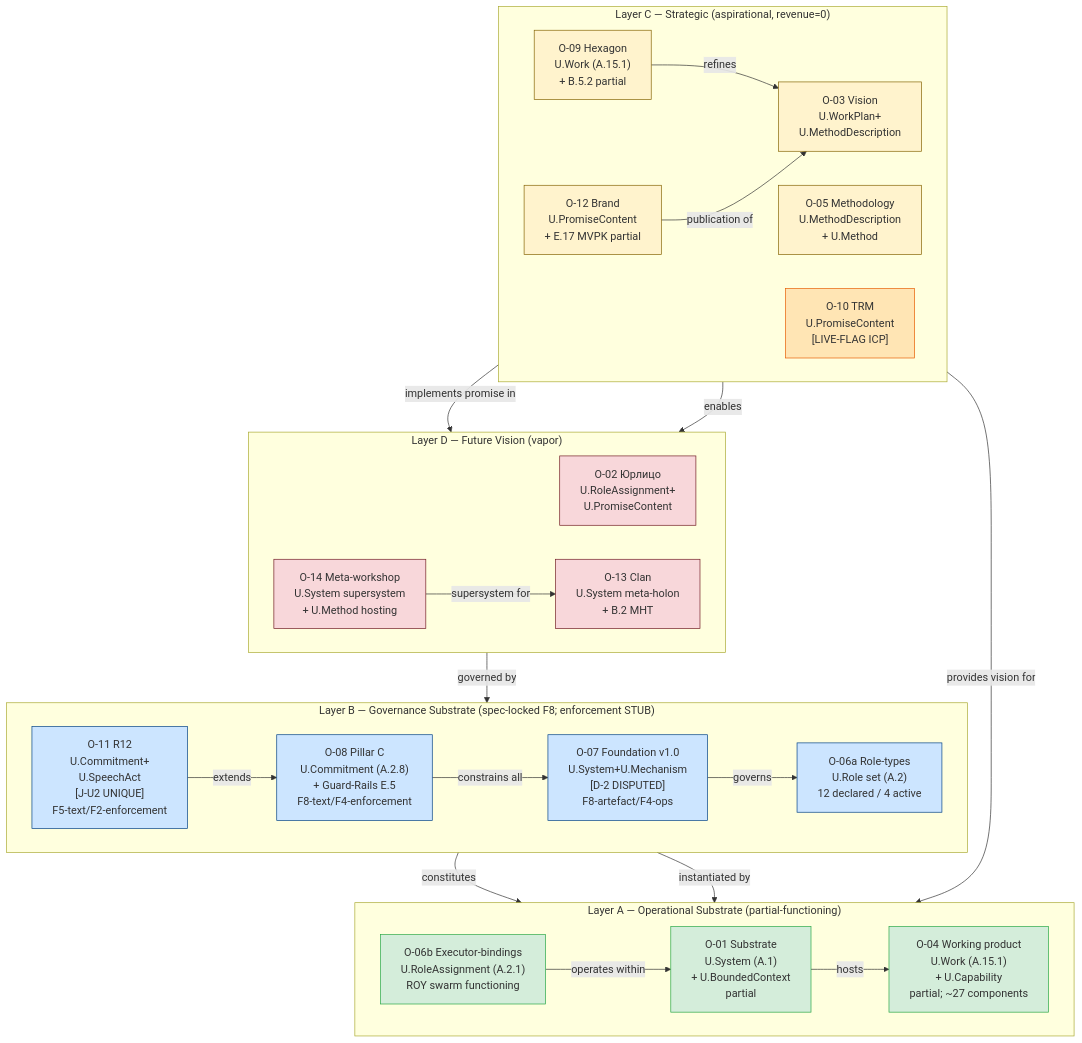
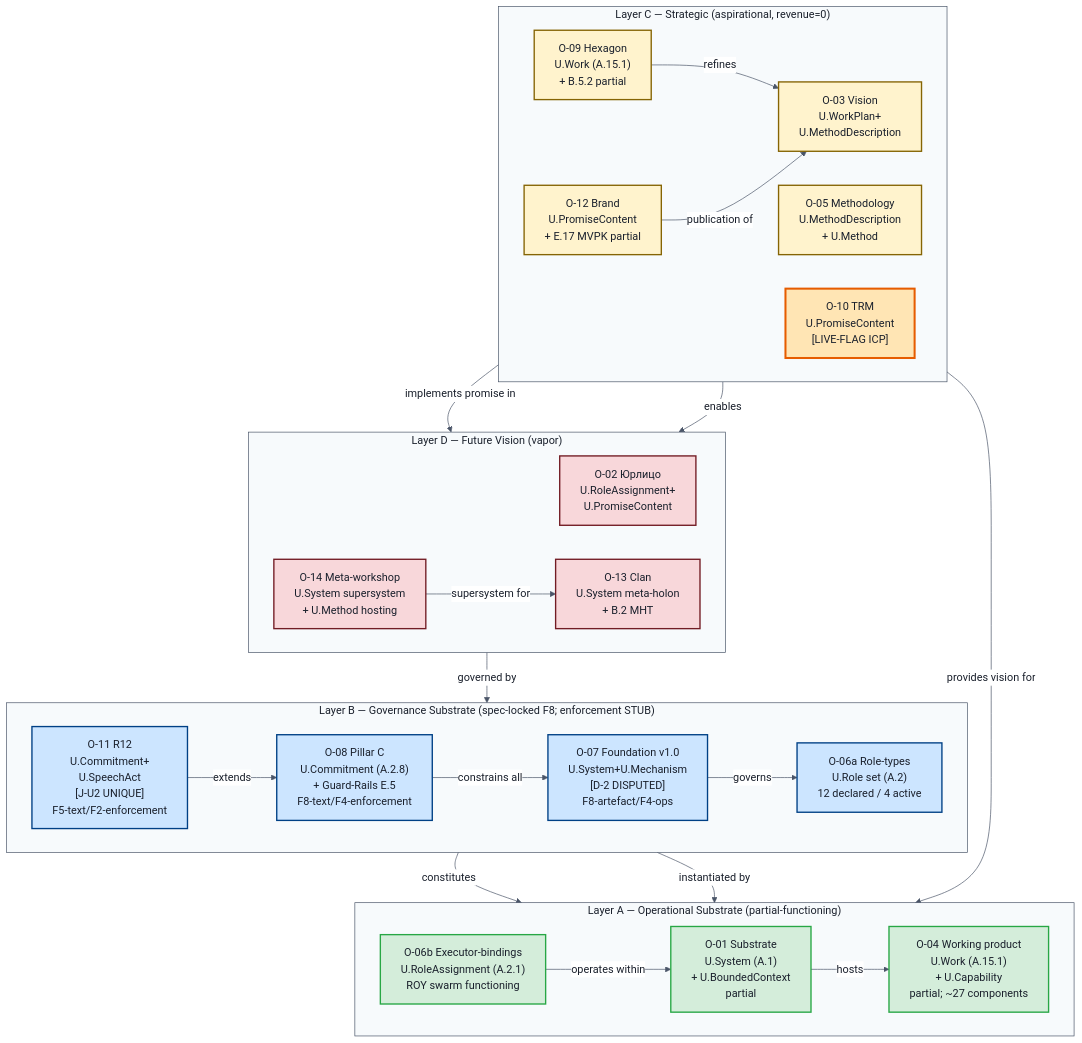
One commit to Bogersebekov/jetix-os changed the diagram in reports/phase-0-fpf-scope/diagrams/01-objects-cluster.md. Above: the diagram before and after it, drawn with Mermaid. The commit also changed 4 other files, not shown here.

Commit message:
[phase-0][diagrams] fix contrast — explicit color:#1a202c в classDef + themeVariables init для всех 5 диаграмм (dark theme readability)

````diff
--- a/reports/phase-0-fpf-scope/diagrams/01-objects-cluster.md
+++ b/reports/phase-0-fpf-scope/diagrams/01-objects-cluster.md
@@ -16,65 +16,66 @@
 ```mermaid
+%%{init: {'theme':'base','themeVariables':{'fontFamily':'Inter, system-ui, sans-serif','primaryTextColor':'#1a202c','primaryBorderColor':'#2d3748','lineColor':'#4a5568','clusterBkg':'#f7fafc','clusterBorder':'#4a5568','titleColor':'#1a202c','edgeLabelBackground':'#ffffff'}}}%%
 flowchart TB
     subgraph LayerD["Layer D — Future Vision (vapor)"]
         direction LR
         O02["O-02 Юрлицо\nU.RoleAssignment+\nU.PromiseContent"]
         O13["O-13 Clan\nU.System meta-holon\n+ B.2 MHT"]
         O14["O-14 Meta-workshop\nU.System supersystem\n+ U.Method hosting"]
     end
 
     subgraph LayerC["Layer C — Strategic (aspirational, revenue=0)"]
         direction LR
         O03["O-03 Vision\nU.WorkPlan+\nU.MethodDescription"]
         O05["O-05 Methodology\nU.MethodDescription\n+ U.Method"]
         O09["O-09 Hexagon\nU.Work (A.15.1)\n+ B.5.2 partial"]
         O10["O-10 TRM\nU.PromiseContent\n[LIVE-FLAG ICP]"]
         O12["O-12 Brand\nU.PromiseContent\n+ E.17 MVPK partial"]
     end
 
     subgraph LayerB["Layer B — Governance Substrate (spec-locked F8; enforcement STUB)"]
         direction LR
         O07["O-07 Foundation v1.0\nU.System+U.Mechanism\n[D-2 DISPUTED]\nF8-artefact/F4-ops"]
         O08["O-08 Pillar C\nU.Commitment (A.2.8)\n+ Guard-Rails E.5\nF8-text/F4-enforcement"]
         O11["O-11 R12\nU.Commitment+\nU.SpeechAct\n[J-U2 UNIQUE]\nF5-text/F2-enforcement"]
         O06a["O-06a Role-types\nU.Role set (A.2)\n12 declared / 4 active"]
     end
 
     subgraph LayerA["Layer A — Operational Substrate (partial-functioning)"]
         direction LR
         O01["O-01 Substrate\nU.System (A.1)\n+ U.BoundedContext\npartial"]
         O04["O-04 Working product\nU.Work (A.15.1)\n+ U.Capability\npartial; ~27 components"]
         O06b["O-06b Executor-bindings\nU.RoleAssignment (A.2.1)\nROY swarm functioning"]
     end
 
     %% Cross-layer governance arrows
     O08 -->|"constrains all"| O07
     O11 -->|"extends"| O08
     O07 -->|"constitutes"| O01
     O07 -->|"governs"| O06a
     O06a -->|"instantiated by"| O06b
     O01 -->|"hosts"| O04
     O06b -->|"operates within"| O01
 
     %% Strategic → operational
     O03 -->|"provides vision for"| O04
     O09 -->|"refines"| O03
     O10 -->|"implements promise in"| O02
     O12 -->|"publication of"| O03
 
     %% D layer dependencies
     O05 -->|"enables"| O14
     O13 -->|"governed by"| O11
     O14 -->|"supersystem for"| O13
 
-    classDef layerA fill:#d4edda,stroke:#28a745
-    classDef layerB fill:#cce5ff,stroke:#004085
-    classDef layerC fill:#fff3cd,stroke:#856404
-    classDef layerD fill:#f8d7da,stroke:#721c24
-    classDef liveflag fill:#ffe5b4,stroke:#e65c00
+    classDef layerA fill:#d4edda,stroke:#28a745,color:#1a202c,stroke-width:2px
+    classDef layerB fill:#cce5ff,stroke:#004085,color:#1a202c,stroke-width:2px
+    classDef layerC fill:#fff3cd,stroke:#856404,color:#1a202c,stroke-width:2px
+    classDef layerD fill:#f8d7da,stroke:#721c24,color:#1a202c,stroke-width:2px
+    classDef liveflag fill:#ffe5b4,stroke:#e65c00,color:#1a202c,stroke-width:3px
 
     class O01,O04,O06b layerA
     class O06a,O07,O08,O11 layerB
     class O03,O05,O09,O12 layerC
     class O10 liveflag
     class O02,O13,O14 layerD
 ```
````
